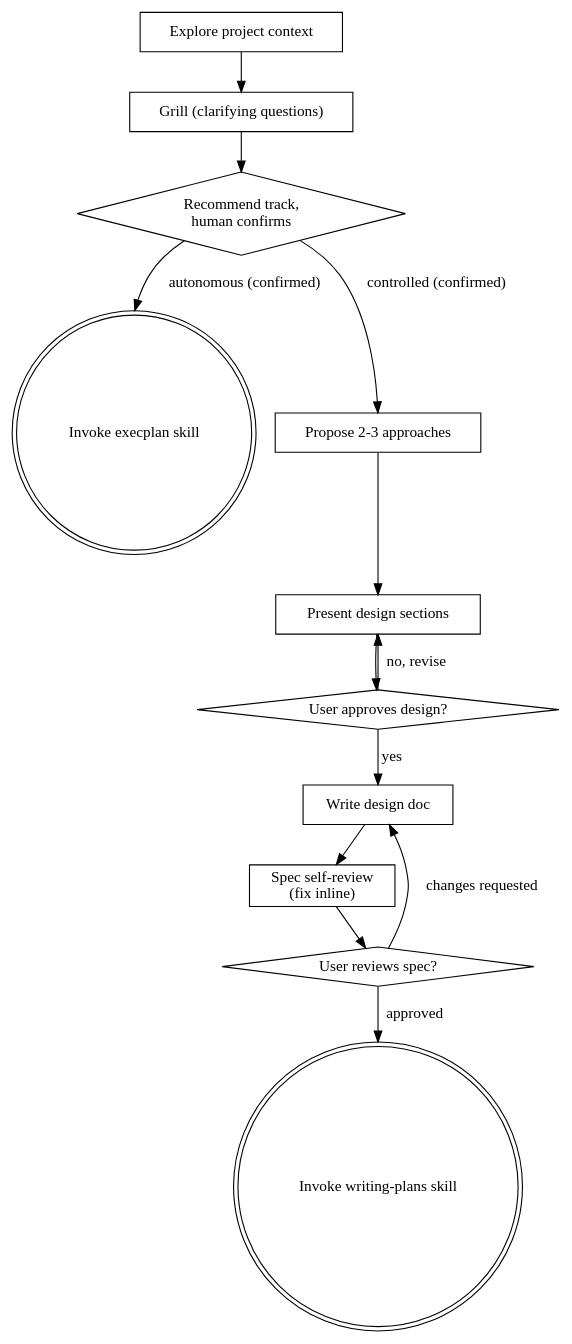
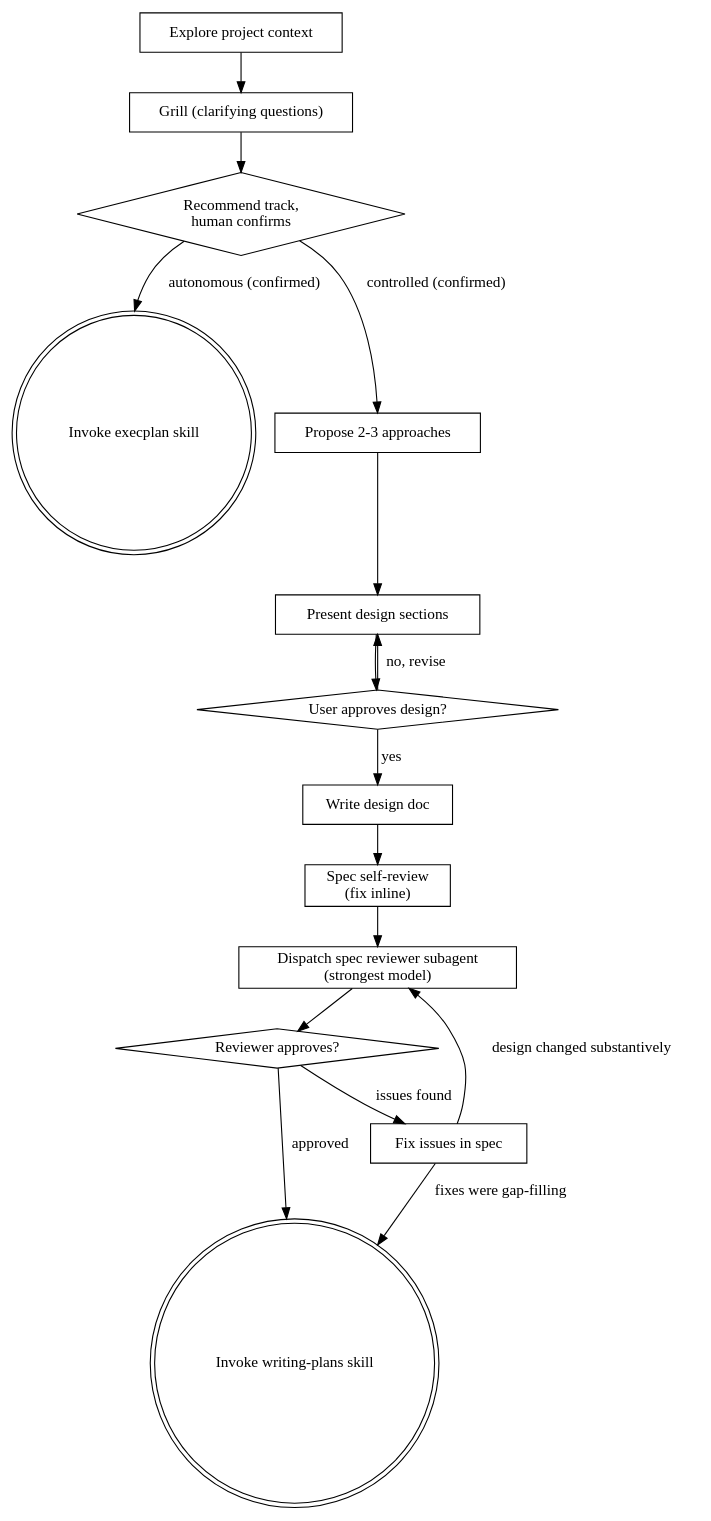
Before and after one commit to SSFSKIM/doperpowers: the diagram in skills/brainstorming/SKILL.md, drawn with Graphviz. The commit also changed other lines of this file and 2 other files, not shown here.

First line of the commit message:
feat(brainstorming): independent spec review by a fresh top-model subagent replaces the human spec-file gate

````diff
--- a/skills/brainstorming/SKILL.md
+++ b/skills/brainstorming/SKILL.md
@@ -37,28 +37,33 @@
 ```dot
 digraph brainstorming {
     "Explore project context" [shape=box];
     "Grill (clarifying questions)" [shape=box];
     "Recommend track,\nhuman confirms" [shape=diamond];
     "Invoke execplan skill" [shape=doublecircle];
     "Propose 2-3 approaches" [shape=box];
     "Present design sections" [shape=box];
     "User approves design?" [shape=diamond];
     "Write design doc" [shape=box];
     "Spec self-review\n(fix inline)" [shape=box];
-    "User reviews spec?" [shape=diamond];
+    "Dispatch spec reviewer subagent\n(strongest model)" [shape=box];
+    "Reviewer approves?" [shape=diamond];
+    "Fix issues in spec" [shape=box];
     "Invoke writing-plans skill" [shape=doublecircle];
 
     "Explore project context" -> "Grill (clarifying questions)";
     "Grill (clarifying questions)" -> "Recommend track,\nhuman confirms";
     "Recommend track,\nhuman confirms" -> "Invoke execplan skill" [label="autonomous (confirmed)"];
     "Recommend track,\nhuman confirms" -> "Propose 2-3 approaches" [label="controlled (confirmed)"];
     "Propose 2-3 approaches" -> "Present design sections";
     "Present design sections" -> "User approves design?";
     "User approves design?" -> "Present design sections" [label="no, revise"];
     "User approves design?" -> "Write design doc" [label="yes"];
     "Write design doc" -> "Spec self-review\n(fix inline)";
-    "Spec self-review\n(fix inline)" -> "User reviews spec?";
-    "User reviews spec?" -> "Write design doc" [label="changes requested"];
-    "User reviews spec?" -> "Invoke writing-plans skill" [label="approved"];
+    "Spec self-review\n(fix inline)" -> "Dispatch spec reviewer subagent\n(strongest model)";
+    "Dispatch spec reviewer subagent\n(strongest model)" -> "Reviewer approves?";
+    "Reviewer approves?" -> "Fix issues in spec" [label="issues found"];
+    "Fix issues in spec" -> "Invoke writing-plans skill" [label="fixes were gap-filling"];
+    "Fix issues in spec" -> "Dispatch spec reviewer subagent\n(strongest model)" [label="design changed substantively"];
+    "Reviewer approves?" -> "Invoke writing-plans skill" [label="approved"];
 }
 ```
````
